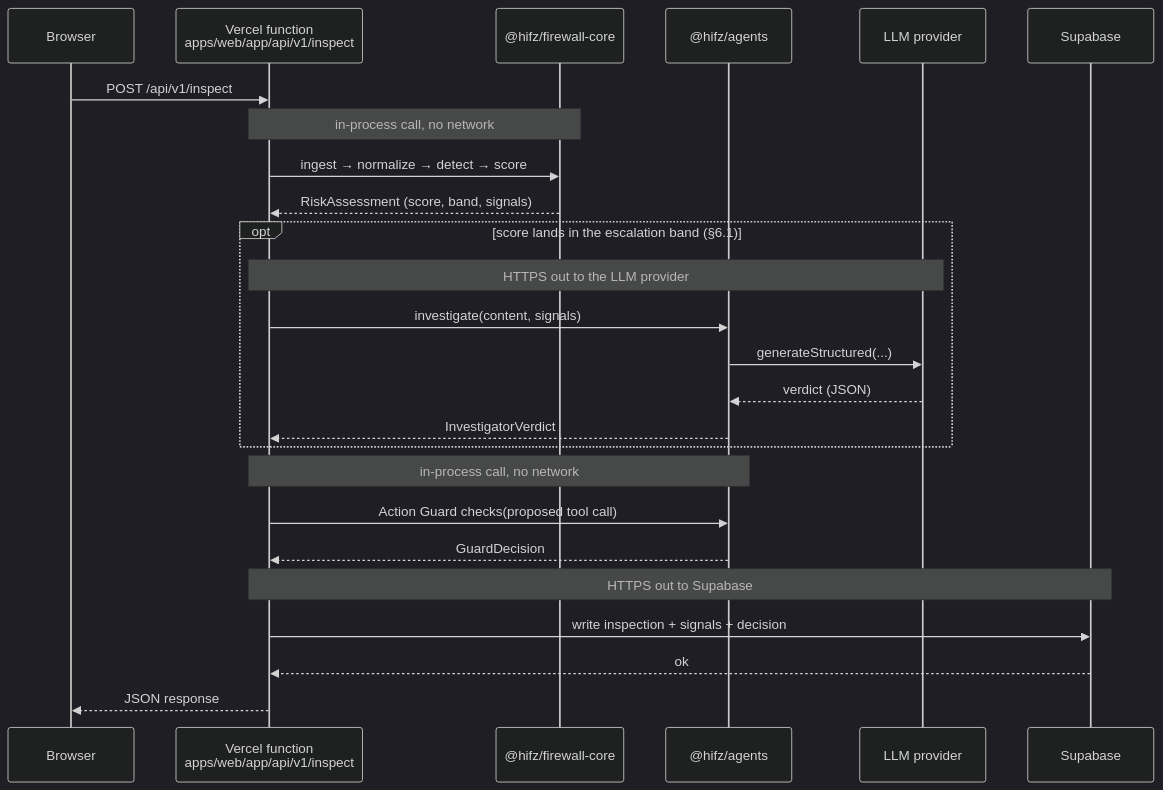
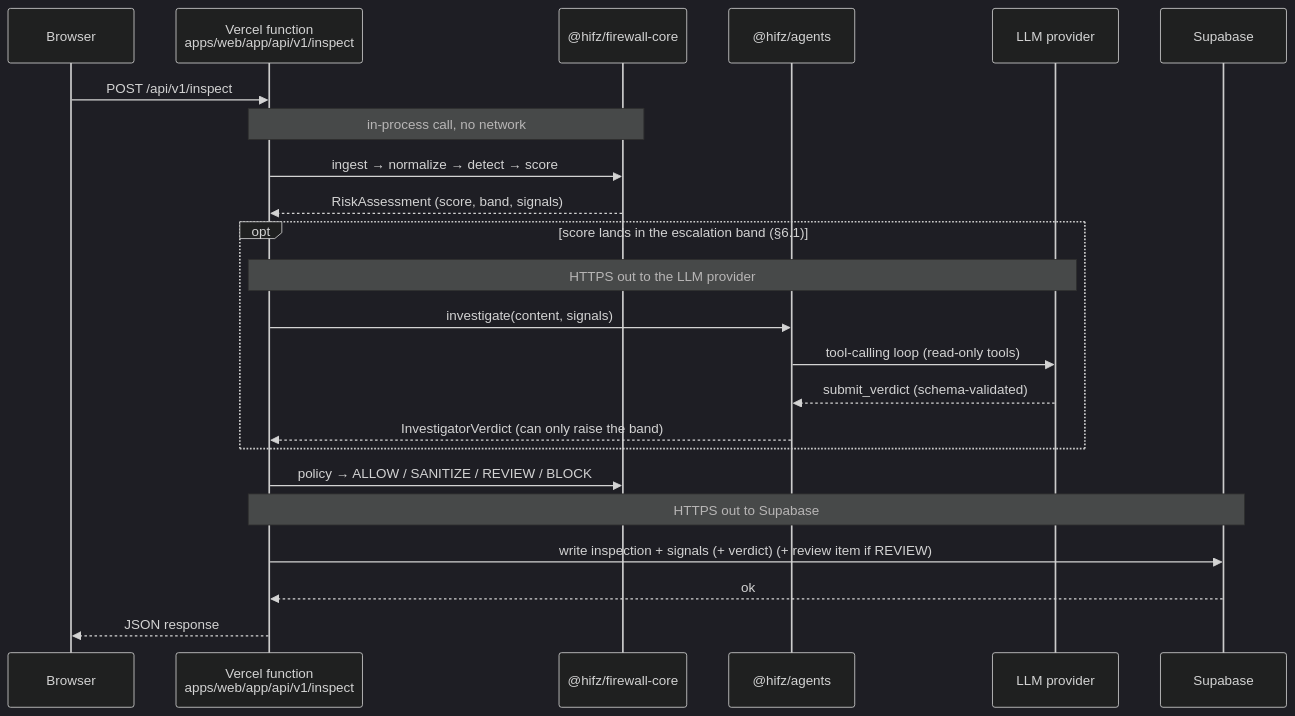
Before and after one commit to umarfarookm/hifz-ai-security-firewall: the third of 4 diagrams in docs/architecture/HLD.md, drawn with Mermaid (dark theme). The commit also changed other lines of this file and 1 other file, not shown here.

First line of the commit message:
docs(architecture): bring HLD and LLD in line with the implementation (PLAN 3.6)

````diff
--- a/docs/architecture/HLD.md
+++ b/docs/architecture/HLD.md
@@ -166,33 +170,31 @@
 ```mermaid
 sequenceDiagram
   participant U as Browser
   participant F as Vercel function<br/>apps/web/app/api/v1/inspect
   participant C as @hifz/firewall-core
   participant A as @hifz/agents
   participant L as LLM provider
   participant DB as Supabase
 
   U->>F: POST /api/v1/inspect
 
   Note over F,C: in-process call, no network
   F->>C: ingest → normalize → detect → score
   C-->>F: RiskAssessment (score, band, signals)
 
   opt score lands in the escalation band (§6.1)
     Note over F,L: HTTPS out to the LLM provider
     F->>A: investigate(content, signals)
-    A->>L: generateStructured(...)
-    L-->>A: verdict (JSON)
-    A-->>F: InvestigatorVerdict
+    A->>L: tool-calling loop (read-only tools)
+    L-->>A: submit_verdict (schema-validated)
+    A-->>F: InvestigatorVerdict (can only raise the band)
   end
 
-  Note over F,A: in-process call, no network
-  F->>A: Action Guard checks(proposed tool call)
-  A-->>F: GuardDecision
+  F->>C: policy → ALLOW / SANITIZE / REVIEW / BLOCK
 
   Note over F,DB: HTTPS out to Supabase
-  F->>DB: write inspection + signals + decision
+  F->>DB: write inspection + signals (+ verdict) (+ review item if REVIEW)
   DB-->>F: ok
 
   F-->>U: JSON response
 ```
````
